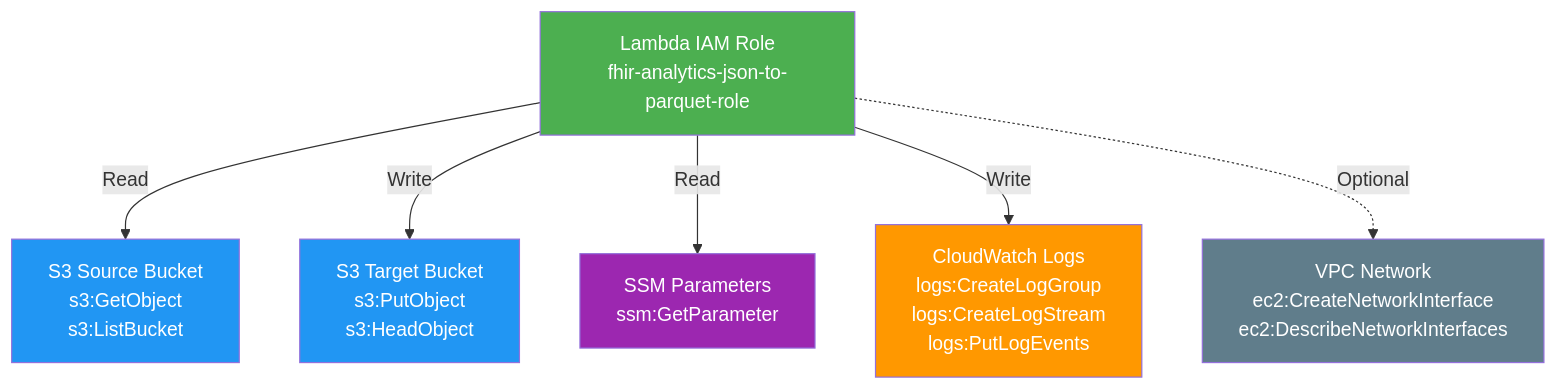
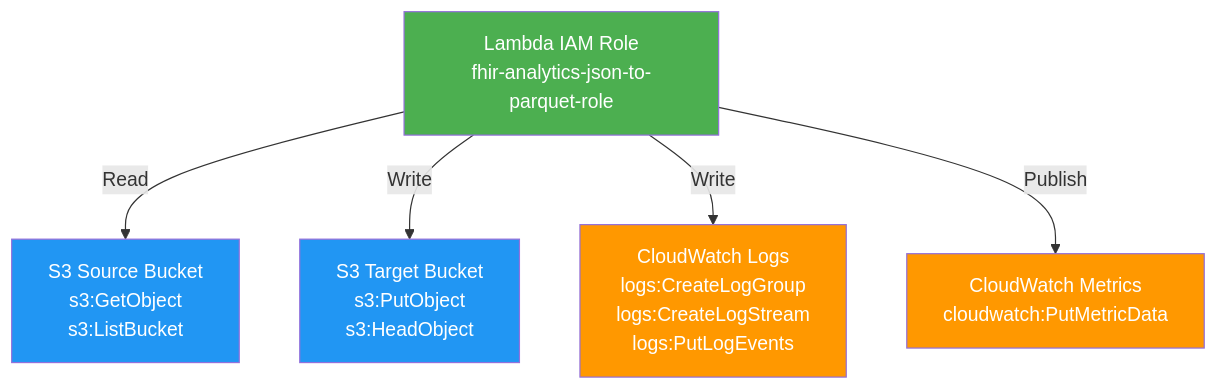
Before and after one commit to manifullstackdeveloper/aws_s3_parquet_athena_lambda: the third of 4 diagrams in docs/ARCHITECTURE.md, drawn with Mermaid. The commit also changed other lines of this file and 27 other files, not shown here.

````diff
--- a/docs/ARCHITECTURE.md
+++ b/docs/ARCHITECTURE.md
@@ -246,17 +251,15 @@
 ```mermaid
 graph TD
     LambdaRole[Lambda IAM Role<br/>fhir-analytics-json-to-parquet-role]
     
     LambdaRole -->|Read| S3Source[S3 Source Bucket<br/>s3:GetObject<br/>s3:ListBucket]
     LambdaRole -->|Write| S3Target[S3 Target Bucket<br/>s3:PutObject<br/>s3:HeadObject]
-    LambdaRole -->|Read| SSM[SSM Parameters<br/>ssm:GetParameter]
     LambdaRole -->|Write| CW[CloudWatch Logs<br/>logs:CreateLogGroup<br/>logs:CreateLogStream<br/>logs:PutLogEvents]
-    LambdaRole -.->|Optional| VPC[VPC Network<br/>ec2:CreateNetworkInterface<br/>ec2:DescribeNetworkInterfaces]
+    LambdaRole -->|Publish| Metrics[CloudWatch Metrics<br/>cloudwatch:PutMetricData]
     
     style LambdaRole fill:#4CAF50,color:#fff
     style S3Source fill:#2196F3,color:#fff
     style S3Target fill:#2196F3,color:#fff
-    style SSM fill:#9C27B0,color:#fff
     style CW fill:#FF9800,color:#fff
-    style VPC fill:#607D8B,color:#fff
+    style Metrics fill:#FF9800,color:#fff
 ```
````
